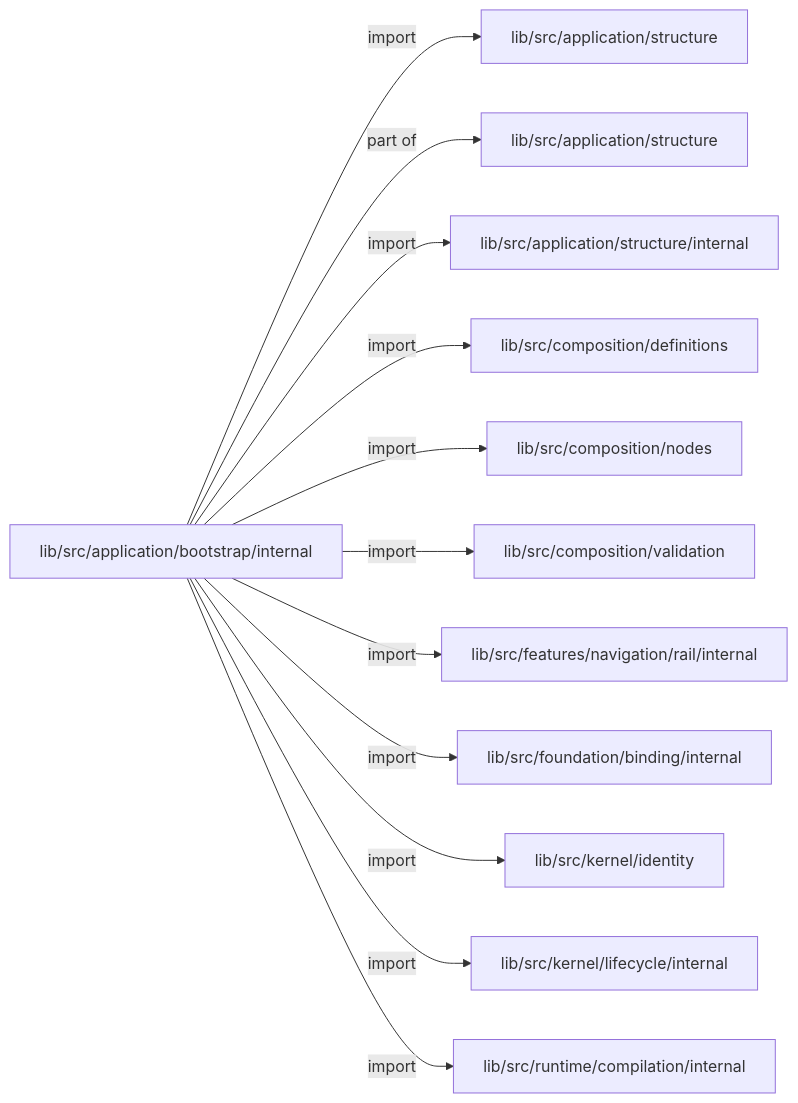
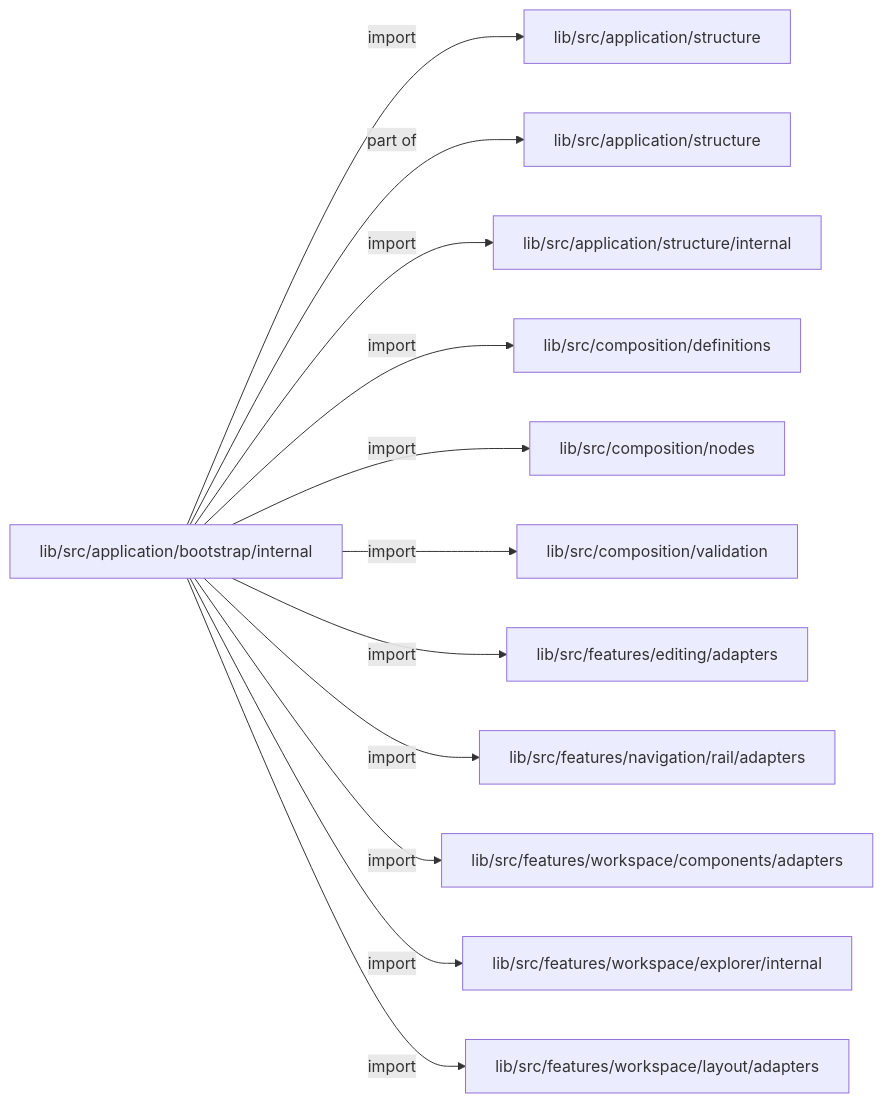
The first of 3 diagrams in docs/architecture/src/application/bootstrap/internal/README.md (MiuDog/Kallopis), drawn with Mermaid before and after one commit. The commit also changed other lines of this file and 2796 other files, not shown here.

````diff
--- a/docs/architecture/src/application/bootstrap/internal/README.md
+++ b/docs/architecture/src/application/bootstrap/internal/README.md
@@ -13,26 +13,26 @@
 ```mermaid
 flowchart LR
 	n0["lib/src/application/bootstrap/internal"]
 	n1["lib/src/application/structure"]
 	n2["lib/src/application/structure"]
 	n3["lib/src/application/structure/internal"]
 	n4["lib/src/composition/definitions"]
 	n5["lib/src/composition/nodes"]
 	n6["lib/src/composition/validation"]
-	n7["lib/src/features/navigation/rail/internal"]
-	n8["lib/src/foundation/binding/internal"]
-	n9["lib/src/kernel/identity"]
-	n10["lib/src/kernel/lifecycle/internal"]
-	n11["lib/src/runtime/compilation/internal"]
+	n7["lib/src/features/editing/adapters"]
+	n8["lib/src/features/navigation/rail/adapters"]
+	n9["lib/src/features/workspace/components/adapters"]
+	n10["lib/src/features/workspace/explorer/internal"]
+	n11["lib/src/features/workspace/layout/adapters"]
 	n0 -->|"import"| n1
 	n0 -->|"part of"| n2
 	n0 -->|"import"| n3
 	n0 -->|"import"| n4
 	n0 -->|"import"| n5
 	n0 -->|"import"| n6
 	n0 -->|"import"| n7
 	n0 -->|"import"| n8
 	n0 -->|"import"| n9
 	n0 -->|"import"| n10
 	n0 -->|"import"| n11
 ```
````
